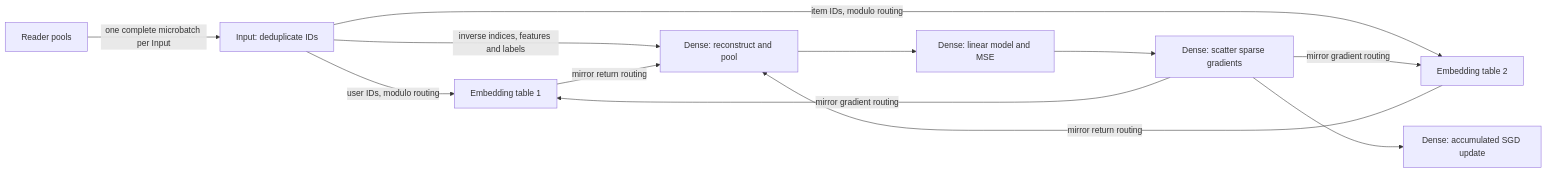
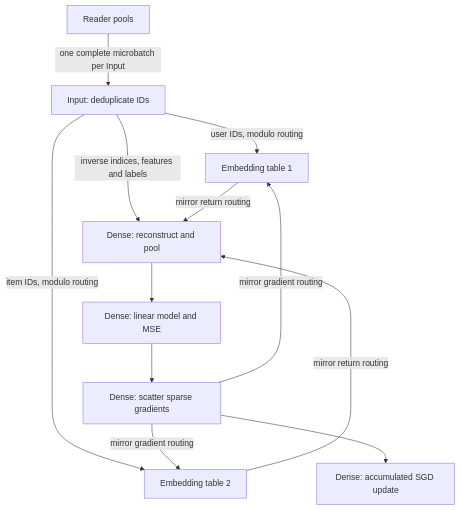
Before and after one commit to diaosj/fluxway: the first of 2 diagrams in fluxway/example/recommendation/README.md, drawn with Mermaid. The commit also changed other lines of this file and 39 other files, not shown here.

Commit message:
[Docs] Enrich documentation files for SPMD protocol, placement recipes, and architecture.

````diff
--- a/fluxway/example/recommendation/README.md
+++ b/fluxway/example/recommendation/README.md
@@ -12,14 +12,14 @@
 ```mermaid
-flowchart LR
+flowchart TD
     R[Reader pools] -->|one complete microbatch per Input| I[Input: deduplicate IDs]
     I -->|user IDs, modulo routing| T1[Embedding table 1]
     I -->|item IDs, modulo routing| T2[Embedding table 2]
     I -->|inverse indices, features and labels| P[Dense: reconstruct and pool]
     T1 -->|mirror return routing| P
     T2 -->|mirror return routing| P
     P --> C[Dense: linear model and MSE]
     C --> S[Dense: scatter sparse gradients]
     S -->|mirror gradient routing| T1
     S -->|mirror gradient routing| T2
     S --> U[Dense: accumulated SGD update]
 ```
````
